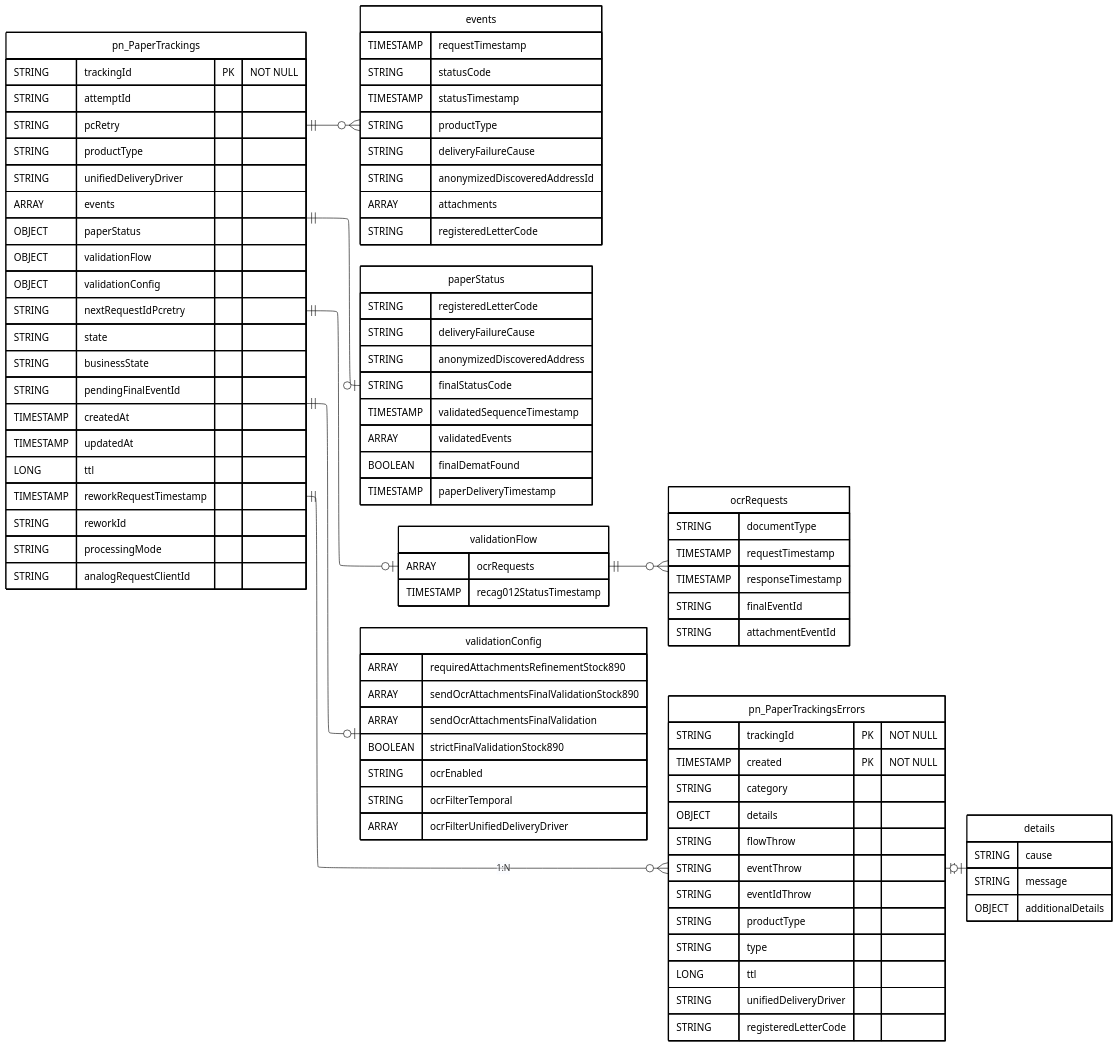
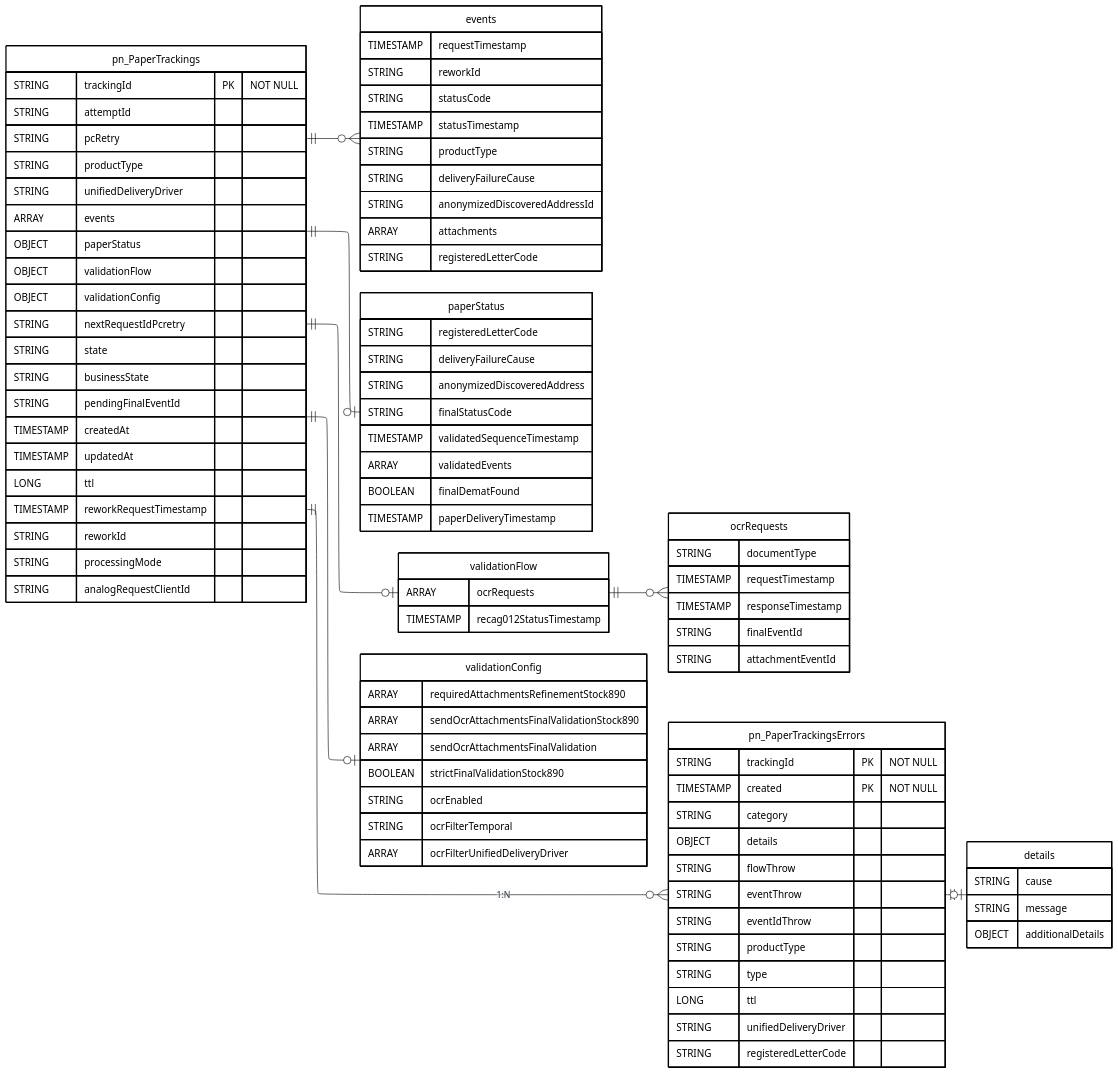
The diagram in send_diagrams/data-models/paper_tracker/paper_tracker.mmd (pagopa/pn-metrics), drawn with Mermaid before and after one commit.

Commit message:
SNDM-266: update with rework

```diff
--- a/send_diagrams/data-models/paper_tracker/paper_tracker.mmd
+++ b/send_diagrams/data-models/paper_tracker/paper_tracker.mmd
@@ -1,139 +1,140 @@
 ---
 config:
   layout: elk
   theme: base
 ---
 
 erDiagram
 
     %% diagram version: 1.0.0
 
     %% sources:
     %% - PaperTrackings.java
     %% - PaperTrackingsErrors.java
     %% - SRS pn-paper-tracker AR
     %% - SRS pn-paper-tracker RIR
     %% - SRS pn-paper-tracker 890
     %% - SRS pn-paper-tracker RS-RIS
     %% - SRS Attivazione RUN pn-paper-tracker
     %% - SRS Attivazione campione OCR pn-paper-tracker
 
     direction LR
 
     pn_PaperTrackings {
         STRING trackingId PK "NOT NULL"
         STRING attemptId
         STRING pcRetry
         STRING productType
         STRING unifiedDeliveryDriver
         ARRAY events
         OBJECT paperStatus
         OBJECT validationFlow
         OBJECT validationConfig
         STRING nextRequestIdPcretry
         STRING state
         STRING businessState
         STRING pendingFinalEventId
         TIMESTAMP createdAt
         TIMESTAMP updatedAt
         LONG ttl
         TIMESTAMP reworkRequestTimestamp
         STRING reworkId
         STRING processingMode
         STRING analogRequestClientId
     }
 
     events {
         TIMESTAMP requestTimestamp
+        STRING reworkId
         STRING statusCode
         TIMESTAMP statusTimestamp
         STRING productType
         STRING deliveryFailureCause
         STRING anonymizedDiscoveredAddressId
         ARRAY attachments
         STRING registeredLetterCode
-    }
+        }
 
     paperStatus {
         STRING registeredLetterCode
         STRING deliveryFailureCause
         STRING anonymizedDiscoveredAddress
         STRING finalStatusCode
         TIMESTAMP validatedSequenceTimestamp
         ARRAY validatedEvents
         BOOLEAN finalDematFound
         TIMESTAMP paperDeliveryTimestamp
     }
 
     validationFlow {
         ARRAY ocrRequests
         TIMESTAMP recag012StatusTimestamp
     }
 
     ocrRequests {
         STRING documentType
         TIMESTAMP requestTimestamp
         TIMESTAMP responseTimestamp
         STRING finalEventId
         STRING attachmentEventId
     }
 
     validationConfig {
         ARRAY requiredAttachmentsRefinementStock890
         ARRAY sendOcrAttachmentsFinalValidationStock890
         ARRAY sendOcrAttachmentsFinalValidation
         BOOLEAN strictFinalValidationStock890
         STRING ocrEnabled
         STRING ocrFilterTemporal
         ARRAY ocrFilterUnifiedDeliveryDriver
     }
 
     pn_PaperTrackingsErrors {
         STRING trackingId PK "NOT NULL"
         TIMESTAMP created PK "NOT NULL"
         STRING category
         OBJECT details
         STRING flowThrow
         STRING eventThrow
         STRING eventIdThrow
         STRING productType
         STRING type
         LONG ttl
         STRING unifiedDeliveryDriver
         STRING registeredLetterCode
     }
 
     details {
         STRING cause
         STRING message
         OBJECT additionalDetails
     }
 
     %% RELAZIONE TRA LE ENTITA PRINCIPALI
     %% Join:
     %% pn_PaperTrackings.trackingId = pn_PaperTrackingsErrors.trackingId
     %% Un tracking puo essere associato a zero o piu errori o warning.
 
     pn_PaperTrackings ||--o{ pn_PaperTrackingsErrors : "1:N"
 
     %% STRUTTURE EMBEDDED
     %% Non rappresentano tabelle DynamoDB autonome.
 
     pn_PaperTrackings ||--o{ events : ""
     pn_PaperTrackings ||--o| paperStatus : ""
     pn_PaperTrackings ||--o| validationFlow : ""
     pn_PaperTrackings ||--o| validationConfig : ""
 
     validationFlow ||--o{ ocrRequests : ""
     pn_PaperTrackingsErrors ||--o| details : ""
 
     %% STILE
 
     style pn_PaperTrackings fill:#FFFFFF,stroke:#000000,stroke-width:2px,color:#000000
     style pn_PaperTrackingsErrors fill:#FFFFFF,stroke:#000000,stroke-width:2px,color:#000000
     style events fill:#FFFFFF,stroke:#000000,stroke-width:2px,color:#000000
     style paperStatus fill:#FFFFFF,stroke:#000000,stroke-width:2px,color:#000000
     style validationFlow fill:#FFFFFF,stroke:#000000,stroke-width:2px,color:#000000
     style ocrRequests fill:#FFFFFF,stroke:#000000,stroke-width:2px,color:#000000
     style validationConfig fill:#FFFFFF,stroke:#000000,stroke-width:2px,color:#000000
     style details fill:#FFFFFF,stroke:#000000,stroke-width:2px,color:#000000
```
